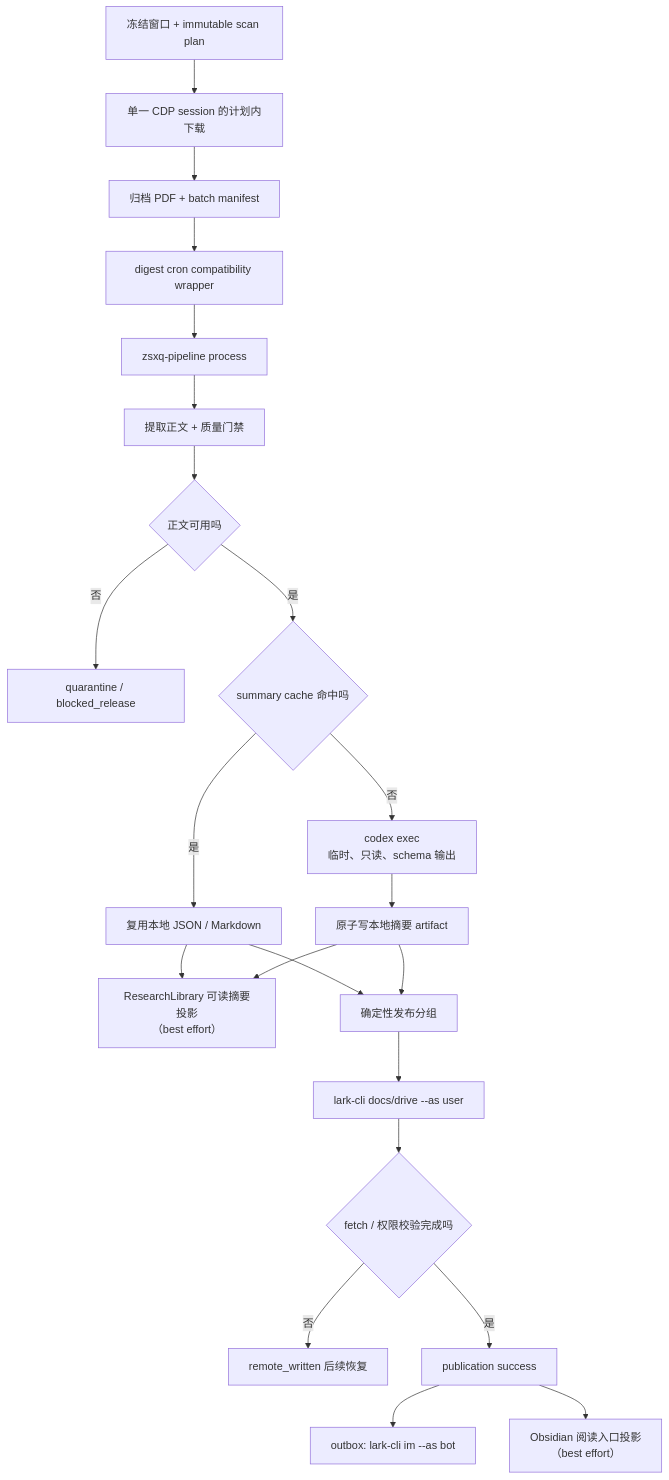
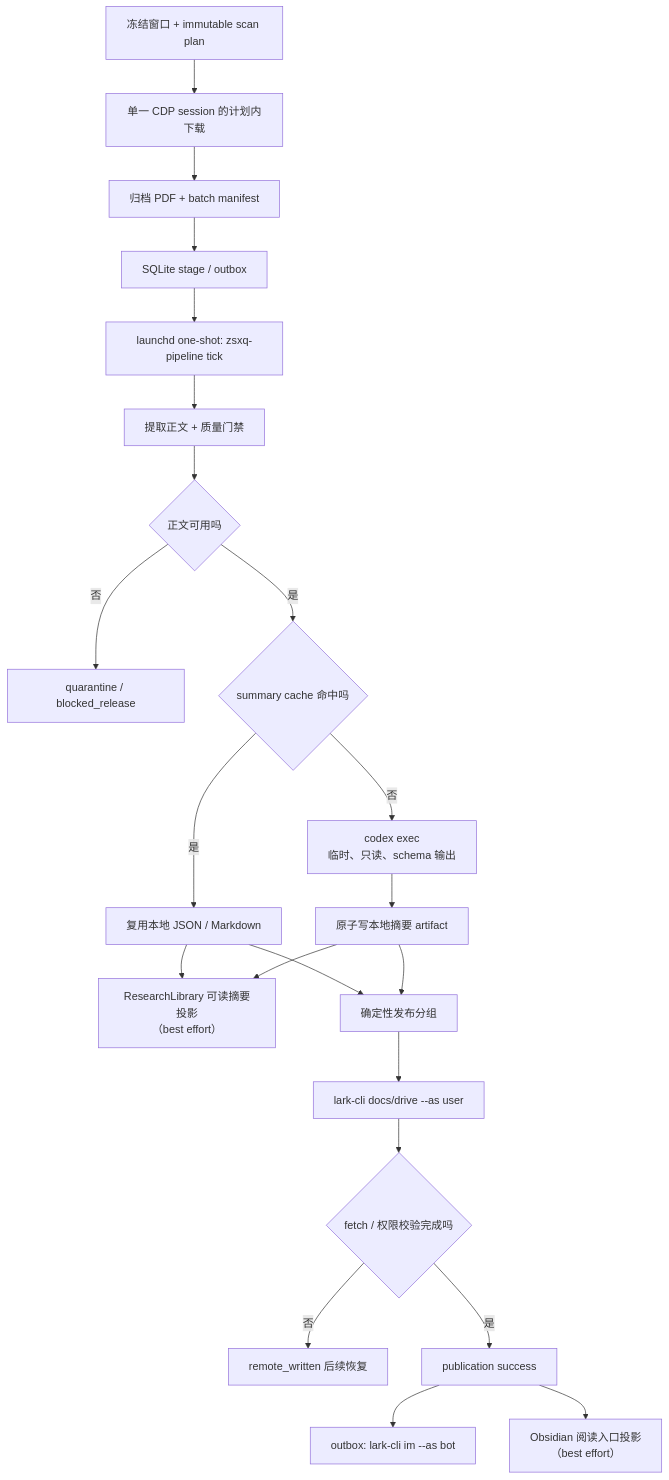
The diagram in docs/project_flow_zh.md (Charleyli925/zsxq-research-automation), drawn with Mermaid before and after one commit. The commit also changed other lines of this file and 28 other files, not shown here.

````diff
--- a/docs/project_flow_zh.md
+++ b/docs/project_flow_zh.md
@@ -17,24 +18,24 @@
 ```mermaid
 flowchart TD
     A["冻结窗口 + immutable scan plan"] --> B["单一 CDP session 的计划内下载"]
     B --> C["归档 PDF + batch manifest"]
-    C --> D["digest cron compatibility wrapper"]
-    D --> E["zsxq-pipeline process"]
+    C --> D["SQLite stage / outbox"]
+    D --> E["launchd one-shot: zsxq-pipeline tick"]
     E --> F["提取正文 + 质量门禁"]
     F --> G{"正文可用吗"}
     G -- "否" --> H["quarantine / blocked_release"]
     G -- "是" --> I{"summary cache 命中吗"}
     I -- "是" --> J["复用本地 JSON / Markdown"]
     I -- "否" --> K["codex exec\n临时、只读、schema 输出"]
     K --> L["原子写本地摘要 artifact"]
     J --> R["ResearchLibrary 可读摘要投影\n（best effort）"]
     L --> R
     J --> M["确定性发布分组"]
     L --> M
     M --> N["lark-cli docs/drive --as user"]
     N --> O{"fetch / 权限校验完成吗"}
     O -- "否" --> P["remote_written 后续恢复"]
     O -- "是" --> Q["publication success"]
     Q --> T["outbox: lark-cli im --as bot"]
     Q --> U["Obsidian 阅读入口投影\n（best effort）"]
 ```
````
